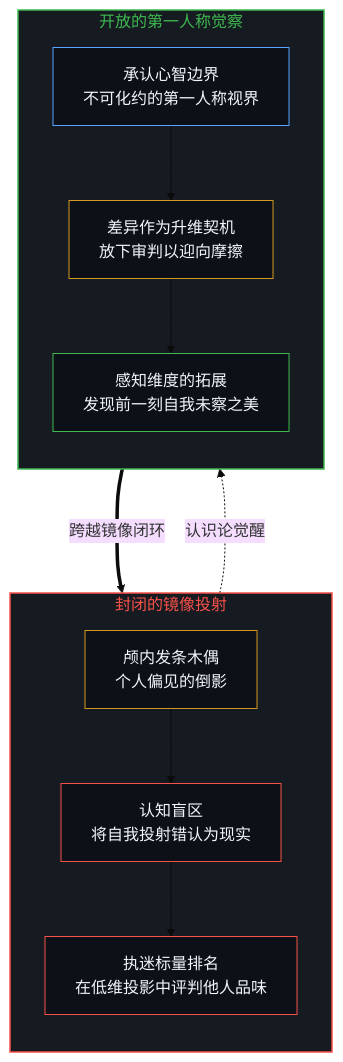
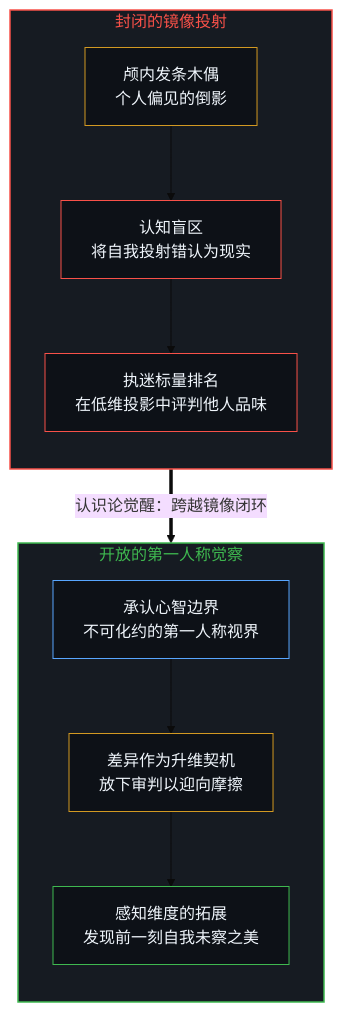
Before and after one commit to powerpig99/not-a-toe: the seventh of 8 diagrams in content/posts/the-self-portrait-in-the-projection.md, drawn with Mermaid (base theme). The commit also changed other lines of this file and 1 other file, not shown here.

````diff
--- a/content/posts/the-self-portrait-in-the-projection.md
+++ b/content/posts/the-self-portrait-in-the-projection.md
@@ -205,29 +205,28 @@
 ```mermaid
 flowchart TD
   subgraph S_MIRROR["封闭的镜像投射"]
     direction TB
     M_PUPPET["颅内发条木偶<br/>个人偏见的倒影"]
     M_BLIND["认知盲区<br/>将自我投射错认为现实"]
     M_JUDGE["执迷标量排名<br/>在低维投影中评判他人品味"]
   end
   subgraph S_OPEN["开放的第一人称觉察"]
     direction TB
     O_BOUNDARY["承认心智边界<br/>不可化约的第一人称视界"]
     O_DIFF["差异作为升维契机<br/>放下审判以迎向摩擦"]
     O_EXPAND["感知维度的拓展<br/>发现前一刻自我未察之美"]
   end
   M_PUPPET --> M_BLIND
   M_BLIND --> M_JUDGE
-  M_JUDGE -.->|"认识论觉醒"| O_BOUNDARY
+  M_JUDGE ==>|"认识论觉醒：跨越镜像闭环"| O_BOUNDARY
   O_BOUNDARY --> O_DIFF
   O_DIFF --> O_EXPAND
-  O_EXPAND ===>|"跨越镜像闭环"| M_PUPPET
   style S_MIRROR fill:#161b22,stroke:#f85149,stroke-width:1.5px,color:#f85149
   style S_OPEN fill:#161b22,stroke:#3fb950,stroke-width:1.5px,color:#3fb950
   style M_PUPPET fill:#0d1117,stroke:#d29922,stroke-width:1px,color:#f0f6fc
   style M_BLIND fill:#0d1117,stroke:#f85149,stroke-width:1px,color:#f0f6fc
   style M_JUDGE fill:#0d1117,stroke:#f85149,stroke-width:1px,color:#f0f6fc
   style O_BOUNDARY fill:#0d1117,stroke:#58a6ff,stroke-width:1px,color:#f0f6fc
   style O_DIFF fill:#0d1117,stroke:#d29922,stroke-width:1px,color:#f0f6fc
   style O_EXPAND fill:#0d1117,stroke:#3fb950,stroke-width:1px,color:#f0f6fc
 ```
````
